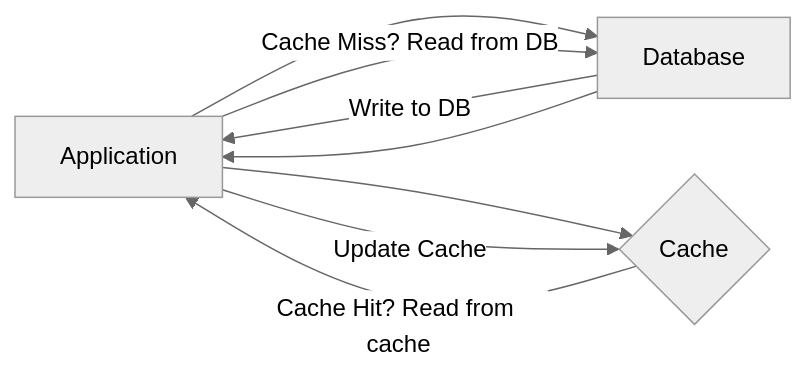
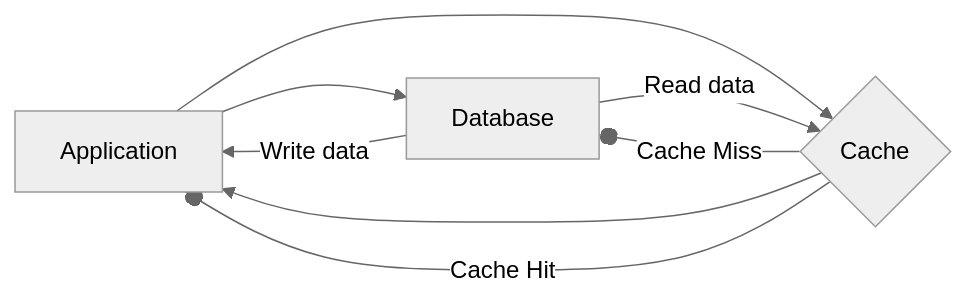
Before and after one commit to alaminedione/leJardinDesNotes: the fourth of 4 diagrams in content/system-design-concepts/31-strategies-de-mise-en-cache.md, drawn with Mermaid (neutral theme). The commit also changed other lines of this file and 30 other files, not shown here.

````diff
--- a/content/system-design-concepts/31-strategies-de-mise-en-cache.md
+++ b/content/system-design-concepts/31-strategies-de-mise-en-cache.md
@@ -82,10 +175,10 @@
 ```mermaid
 graph LR
     A[Application] --> D[Database]
+    D -->|Write data| A
     A --> C{Cache}
-    D -->|Write to DB| A
-    C -->|Cache Hit? Read from cache| A
-    A -->|Cache Miss? Read from DB| D
-    D --> A
-    A -->|Update Cache| C
+    C --o|Cache Miss| D
+    D -->|Read data| C
+    C --> A
+    C --o|Cache Hit| A
 ```
````
